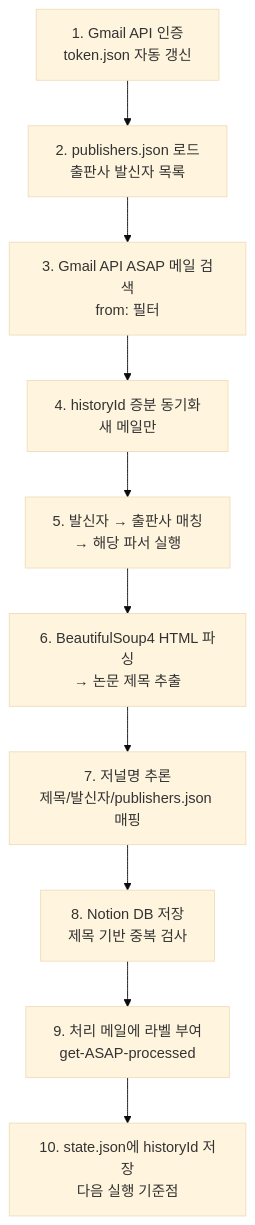
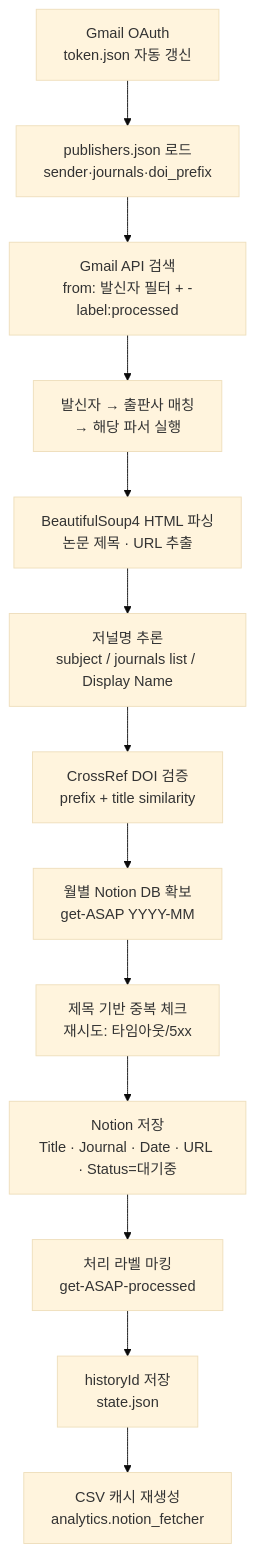
One commit to hydrochan/get-ASAP changed the third of 4 diagrams in README.md. Above: the diagram before and after it, drawn with Mermaid (base theme). The commit also changed other lines of this file, not shown here.

````diff
--- a/README.md
+++ b/README.md
@@ -93,12 +129,18 @@
 ```mermaid
 flowchart TD
-    S1["1. Gmail API 인증<br/>token.json 자동 갱신"] --> S2["2. publishers.json 로드<br/>출판사 발신자 목록"]
-    S2 --> S3["3. Gmail API ASAP 메일 검색<br/>from: 필터"]
-    S3 --> S4["4. historyId 증분 동기화<br/>새 메일만"]
-    S4 --> S5["5. 발신자 → 출판사 매칭<br/>→ 해당 파서 실행"]
-    S5 --> S6["6. BeautifulSoup4 HTML 파싱<br/>→ 논문 제목 추출"]
-    S6 --> S7["7. 저널명 추론<br/>제목/발신자/publishers.json 매핑"]
-    S7 --> S8["8. Notion DB 저장<br/>제목 기반 중복 검사"]
-    S8 --> S9["9. 처리 메일에 라벨 부여<br/>get-ASAP-processed"]
-    S9 --> S10["10. state.json에 historyId 저장<br/>다음 실행 기준점"]
+    S1["Gmail OAuth<br/>token.json 자동 갱신"]
+    S2["publishers.json 로드<br/>sender·journals·doi_prefix"]
+    S3["Gmail API 검색<br/>from: 발신자 필터 + -label:processed"]
+    S4["발신자 → 출판사 매칭<br/>→ 해당 파서 실행"]
+    S5["BeautifulSoup4 HTML 파싱<br/>논문 제목 · URL 추출"]
+    S6["저널명 추론<br/>subject / journals list / Display Name"]
+    S7["CrossRef DOI 검증<br/>prefix + title similarity"]
+    S8["월별 Notion DB 확보<br/>get-ASAP YYYY-MM"]
+    S9["제목 기반 중복 체크<br/>재시도: 타임아웃/5xx"]
+    S10["Notion 저장<br/>Title · Journal · Date · URL · Status=대기중"]
+    S11["처리 라벨 마킹<br/>get-ASAP-processed"]
+    S12["historyId 저장<br/>state.json"]
+    S13["CSV 캐시 재생성<br/>analytics.notion_fetcher"]
+
+    S1 --> S2 --> S3 --> S4 --> S5 --> S6 --> S7 --> S8 --> S9 --> S10 --> S11 --> S12 --> S13
 ```
````
